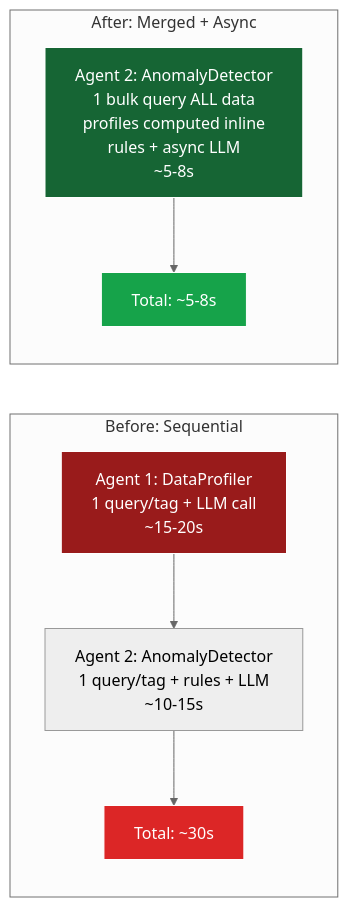
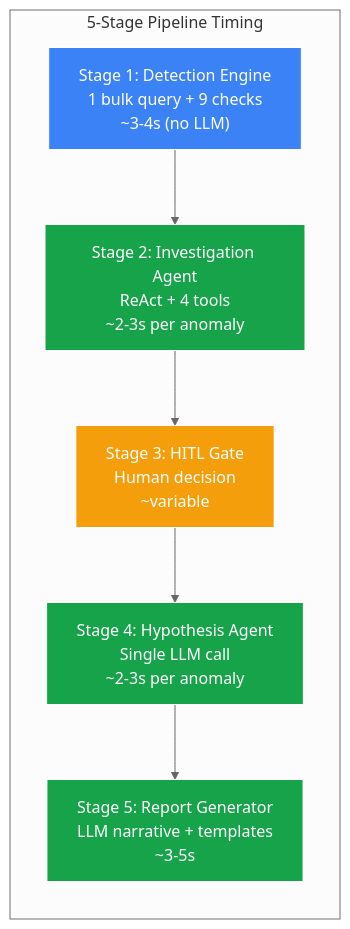
One commit to sajanyerra/pharma-data-integrity-inspector changed the seventh of 11 diagrams in ARCHITECTURE.md. Above: the diagram before and after it, drawn with Mermaid (neutral theme). The commit also changed other lines of this file and 19 other files, not shown here.

First line of the commit message:
feat: 5-stage pipeline architecture with genuine ReAct Investigation Agent

````diff
--- a/ARCHITECTURE.md
+++ b/ARCHITECTURE.md
@@ -274,21 +304,18 @@
 ```mermaid
 graph LR
-    subgraph Before ["Before: Sequential"]
-        A1_old["Agent 1: DataProfiler<br/>1 query/tag + LLM call<br/>~15-20s"]
-        A2_old["Agent 2: AnomalyDetector<br/>1 query/tag + rules + LLM<br/>~10-15s"]
-        Total_old["Total: ~30s"]
+    subgraph Pipeline ["5-Stage Pipeline Timing"]
+        S1["Stage 1: Detection Engine<br/>1 bulk query + 9 checks<br/>~3-4s (no LLM)"]
+        S2["Stage 2: Investigation Agent<br/>ReAct + 4 tools<br/>~2-3s per anomaly"]
+        S3["Stage 3: HITL Gate<br/>Human decision<br/>~variable"]
+        S4["Stage 4: Hypothesis Agent<br/>Single LLM call<br/>~2-3s per anomaly"]
+        S5["Stage 5: Report Generator<br/>LLM narrative + templates<br/>~3-5s"]
     end
 
-    subgraph After ["After: Merged + Async"]
-        A2_new["Agent 2: AnomalyDetector<br/>1 bulk query ALL data<br/>profiles computed inline<br/>rules + async LLM<br/>~5-8s"]
-        Total_new["Total: ~5-8s"]
-    end
+    S1 --> S2 --> S3 --> S4 --> S5
 
-    A1_old --> A2_old --> Total_old
-    A2_new --> Total_new
-
-    style Total_old fill:#dc2626,stroke:#fff,color:#fff
-    style Total_new fill:#16a34a,stroke:#fff,color:#fff
-    style A1_old fill:#991b1b,stroke:#fff,color:#fff
-    style A2_new fill:#166534,stroke:#fff,color:#fff
+    style S1 fill:#3b82f6,stroke:#fff,color:#fff
+    style S2 fill:#16a34a,stroke:#fff,color:#fff
+    style S3 fill:#f59e0b,stroke:#fff,color:#fff
+    style S4 fill:#16a34a,stroke:#fff,color:#fff
+    style S5 fill:#16a34a,stroke:#fff,color:#fff
 ```
````
